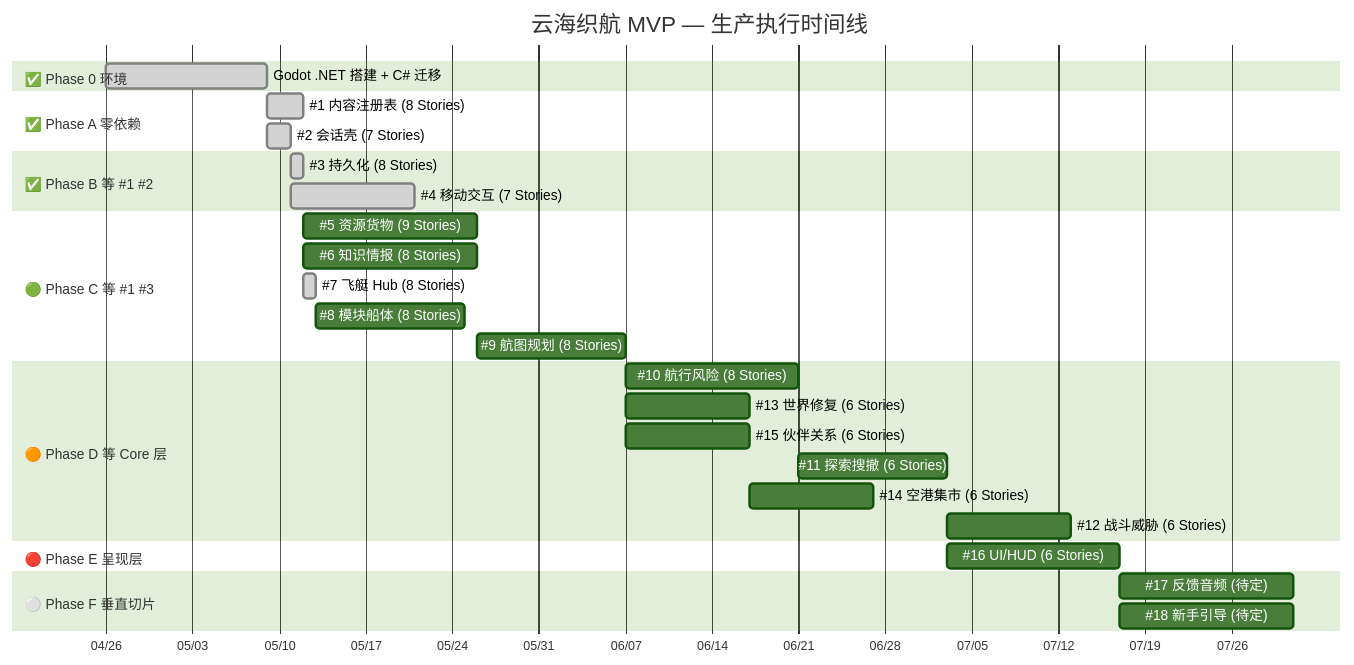
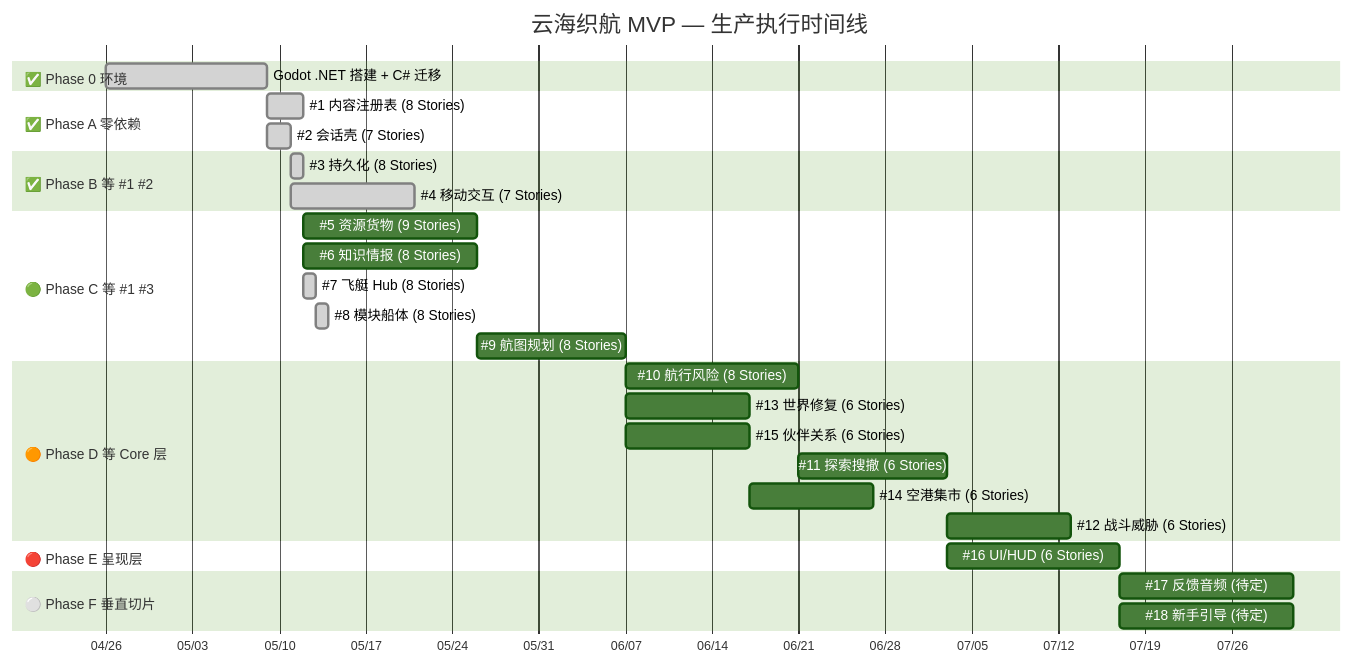
Before and after one commit to lieinsay/Claude-Code-Game-Studios: the first of 3 diagrams in docs/reference/production-flowchart.md, drawn with Mermaid (forest theme). The commit also changed other lines of this file and 33 other files, not shown here.

````diff
--- a/docs/reference/production-flowchart.md
+++ b/docs/reference/production-flowchart.md
@@ -13,39 +13,39 @@
 ```mermaid
 gantt
     title 云海织航 MVP — 生产执行时间线
     dateFormat YYYY-MM-DD
     axisFormat %m/%d
 
     section ✅ Phase 0 环境
     Godot .NET 搭建 + C# 迁移   :done,    p0, 2026-04-26, 2026-05-09
 
     section ✅ Phase A 零依赖
     #1 内容注册表 (8 Stories)    :done,    p1a, 2026-05-09, 2026-05-12
     #2 会话壳     (7 Stories)    :done,    p1b, 2026-05-09, 2026-05-11
 
     section ✅ Phase B 等 #1 #2
     #3 持久化     (8 Stories)    :done,    p2a, 2026-05-11, 2026-05-12
     #4 移动交互   (7 Stories)    :done,    p2b, after p1b, 10d
 
     section 🟢 Phase C 等 #1 #3
     #5 资源货物   (9 Stories)    :         p3a, after p2a, 14d
     #6 知识情报   (8 Stories)    :         p3b, after p2a, 14d
     #7 飞艇 Hub   (8 Stories)    :done,    p3c, 2026-05-12, 1d
-    #8 模块船体   (8 Stories)    :         p3d, after p3c, 12d
+    #8 模块船体   (8 Stories)    :done,    p3d, 2026-05-13, 1d
     #9 航图规划   (8 Stories)    :         p3e, after p3b, 12d
 
     section 🟠 Phase D 等 Core 层
     #10 航行风险  (8 Stories)    :         p4a, after p3e, 14d
     #13 世界修复  (6 Stories)    :         p4b, after p3e, 10d
     #15 伙伴关系  (6 Stories)    :         p4c, after p3e, 10d
     #11 探索搜撤  (6 Stories)    :         p4d, after p4a, 12d
     #14 空港集市  (6 Stories)    :         p4e, after p4b, 10d
     #12 战斗威胁  (6 Stories)    :         p4f, after p4d, 10d
 
     section 🔴 Phase E 呈现层
     #16 UI/HUD    (6 Stories)    :         p5a, after p4d, 14d
 
     section ⚪ Phase F 垂直切片
     #17 反馈音频  (待定)         :         p6a, after p5a, 14d
     #18 新手引导  (待定)         :         p6b, after p5a, 14d
 ```
````
